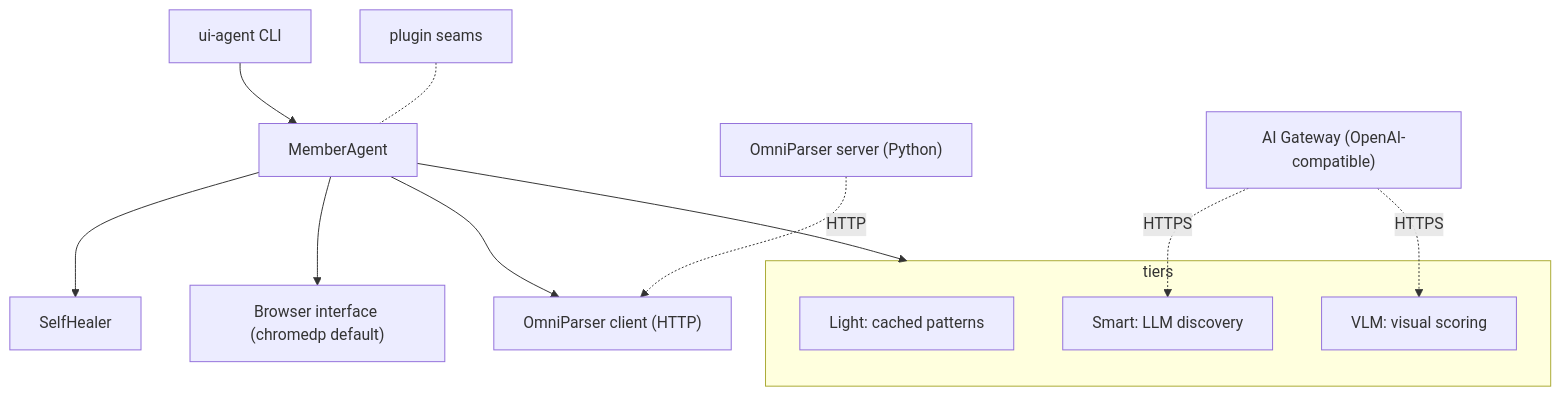
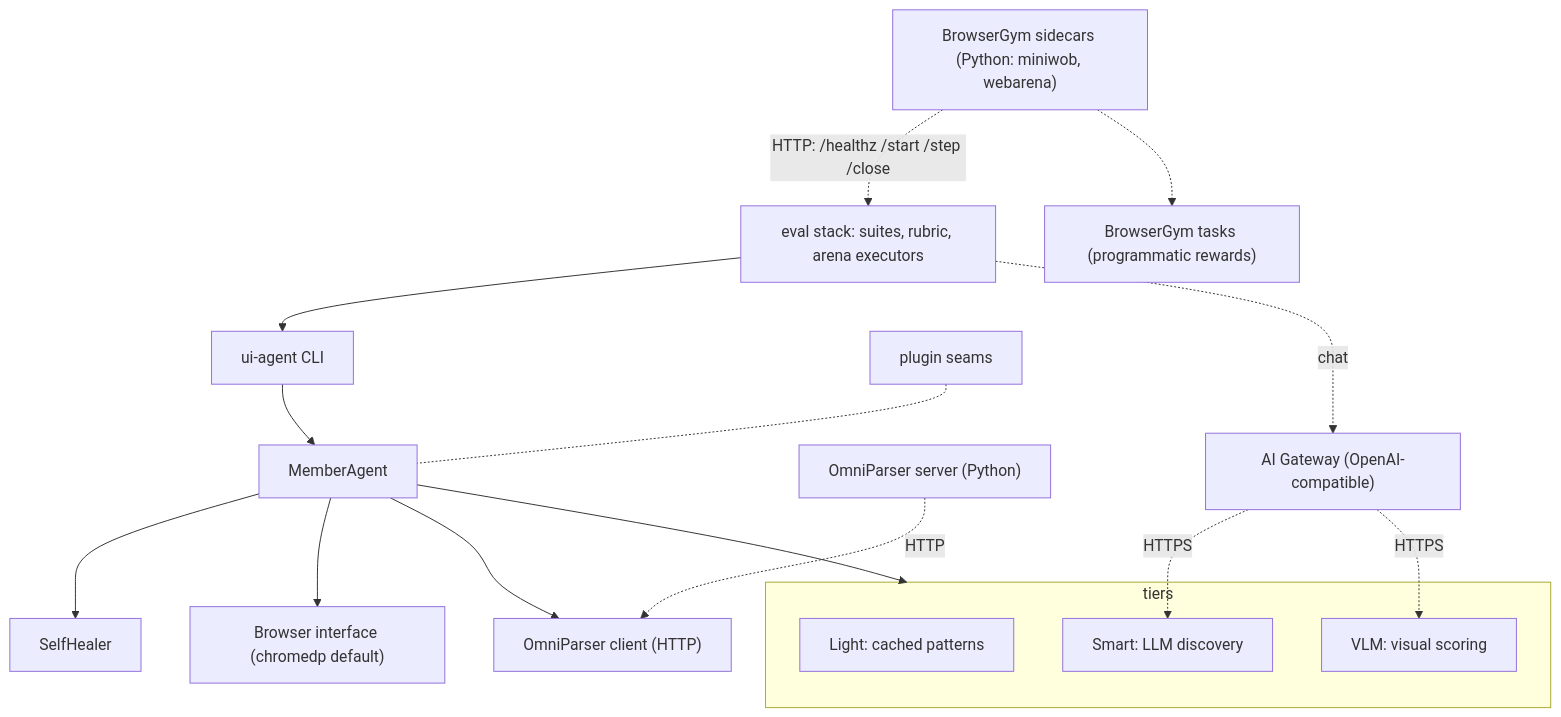
The diagram in docs/architecture.md (nfsarch33/uiauto-framework), drawn with Mermaid before and after one commit. The commit also changed other lines of this file and 6 other files, not shown here.

First line of the commit message:
feat(eval): WebArena-Lite arena rung — sidecar, executor wiring, 10-task slice (#60)

````diff
--- a/docs/architecture.md
+++ b/docs/architecture.md
@@ -9,17 +9,21 @@
 ```mermaid
 flowchart TB
     cli["ui-agent CLI"] --> member["MemberAgent"]
     subgraph tiers
         light["Light: cached patterns"]
         smart["Smart: LLM discovery"]
         vlm["VLM: visual scoring"]
     end
     member --> tiers
     member --> heal["SelfHealer"]
     member --> browser["Browser interface (chromedp default)"]
     member --> omni["OmniParser client (HTTP)"]
     plug["plugin seams"] -.- member
     omniSrv["OmniParser server (Python)"] -.->|HTTP| omni
     gateway["AI Gateway (OpenAI-compatible)"] -.->|HTTPS| smart
     gateway -.->|HTTPS| vlm
+    eval["eval stack: suites, rubric, arena executors"] --> cli
+    eval -.->|chat| gateway
+    sidecar["BrowserGym sidecars (Python: miniwob, webarena)"] -.->|HTTP: /healthz /start /step /close| eval
+    sidecar -.-> gym["BrowserGym tasks (programmatic rewards)"]
 ```
````
